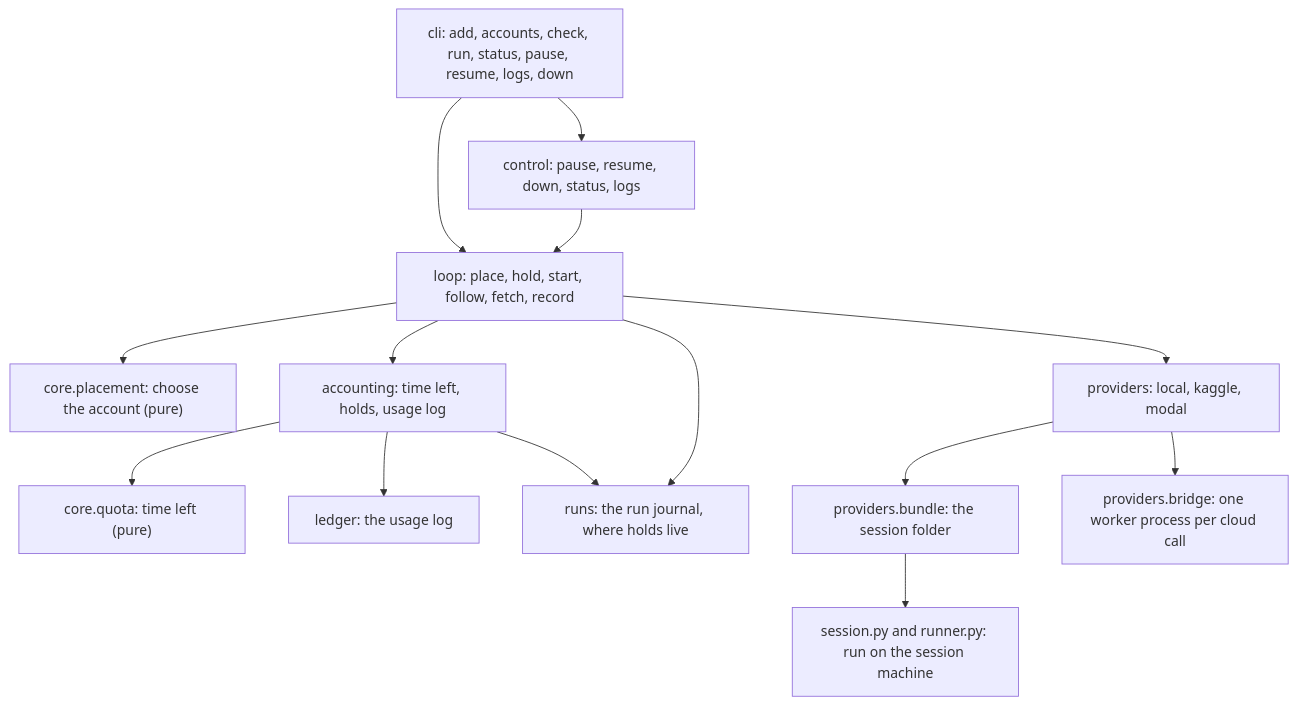
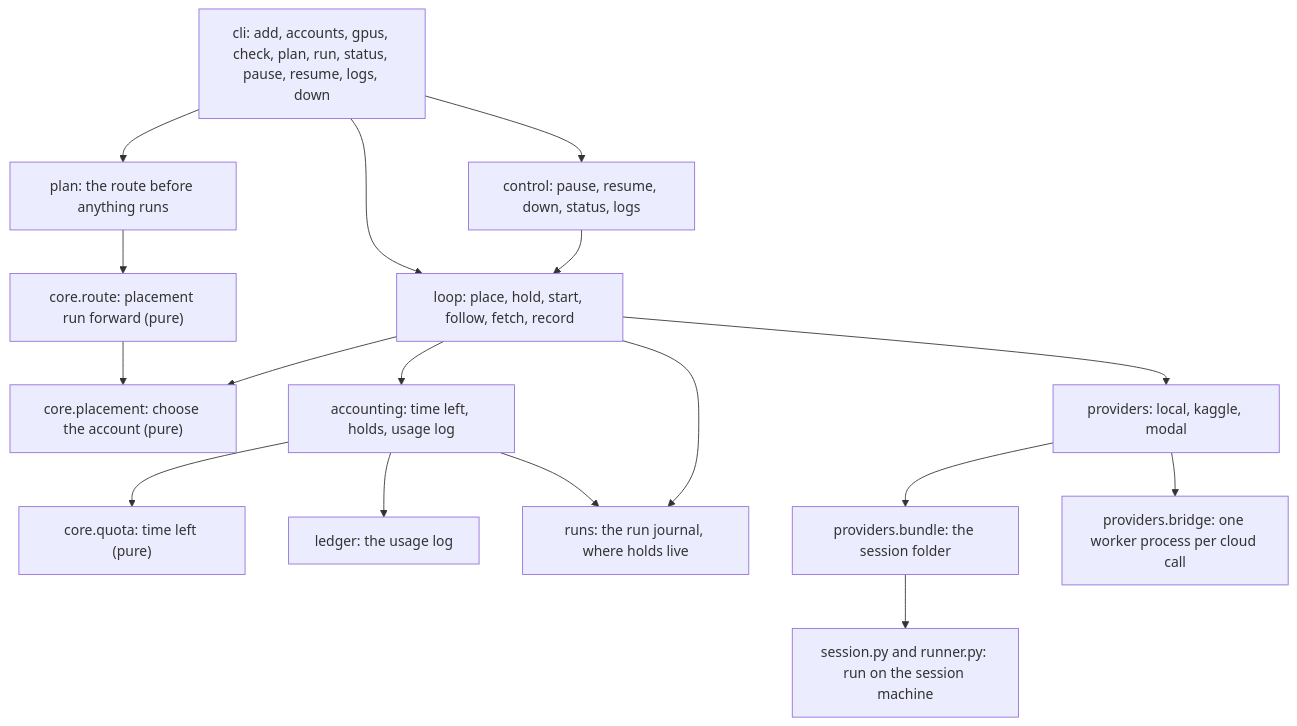
The diagram in docs/architecture.md (Alt-Mizt/forge-core), drawn with Mermaid before and after one commit. The commit also changed other lines of this file and 9 other files, not shown here.

Commit message:
Show the route a run would take before anything runs

````diff
--- a/docs/architecture.md
+++ b/docs/architecture.md
@@ -6,17 +6,20 @@
 ```mermaid
 flowchart TD
-    cli["cli: add, accounts, check, run, status, pause, resume, logs, down"]
+    cli["cli: add, accounts, gpus, check, plan, run, status, pause, resume, logs, down"]
     cli --> loop["loop: place, hold, start, follow, fetch, record"]
+    cli --> plan["plan: the route before anything runs"]
+    plan --> route["core.route: placement run forward (pure)"]
+    route --> placement
     cli --> control["control: pause, resume, down, status, logs"]
     control --> loop
     loop --> placement["core.placement: choose the account (pure)"]
     loop --> accounting["accounting: time left, holds, usage log"]
     accounting --> quota["core.quota: time left (pure)"]
     accounting --> ledger["ledger: the usage log"]
     accounting --> runs["runs: the run journal, where holds live"]
     loop --> runs
     loop --> providers["providers: local, kaggle, modal"]
     providers --> bundle["providers.bundle: the session folder"]
     providers --> bridge["providers.bridge: one worker process per cloud call"]
     bundle --> session["session.py and runner.py: run on the session machine"]
 ```
````
